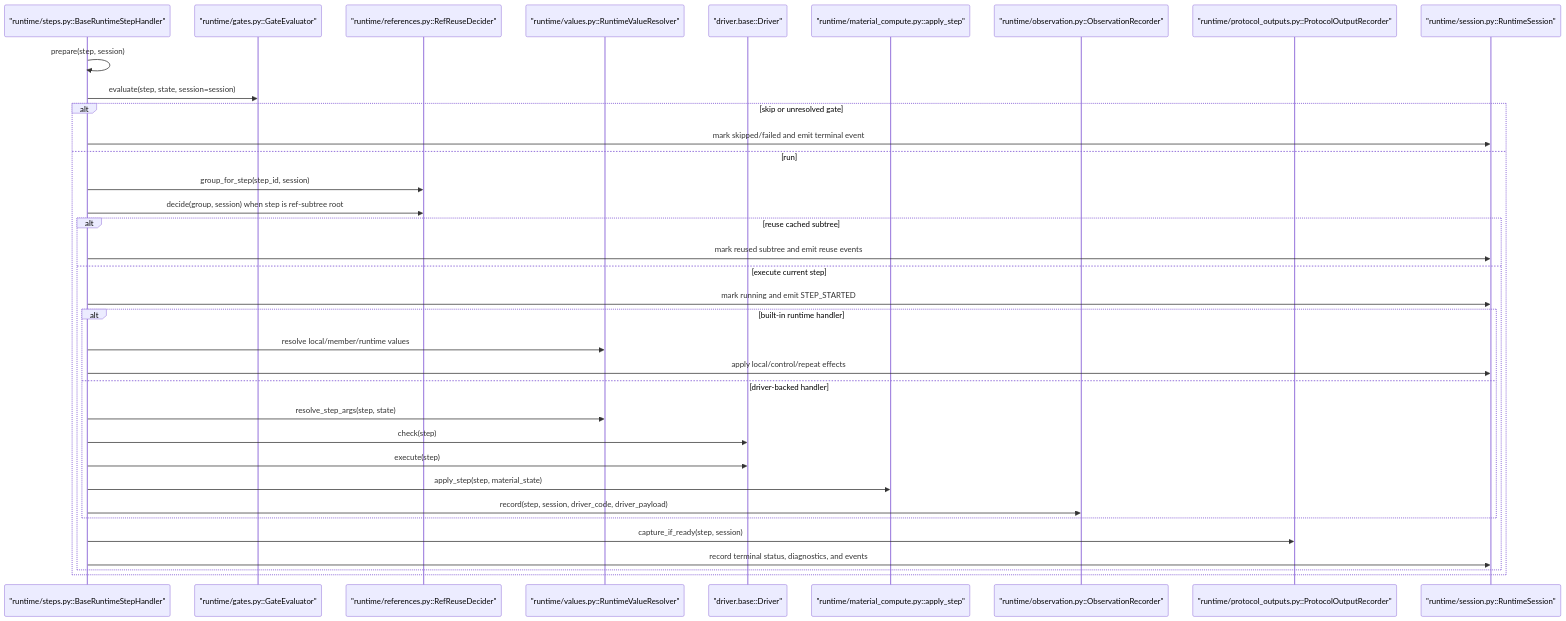
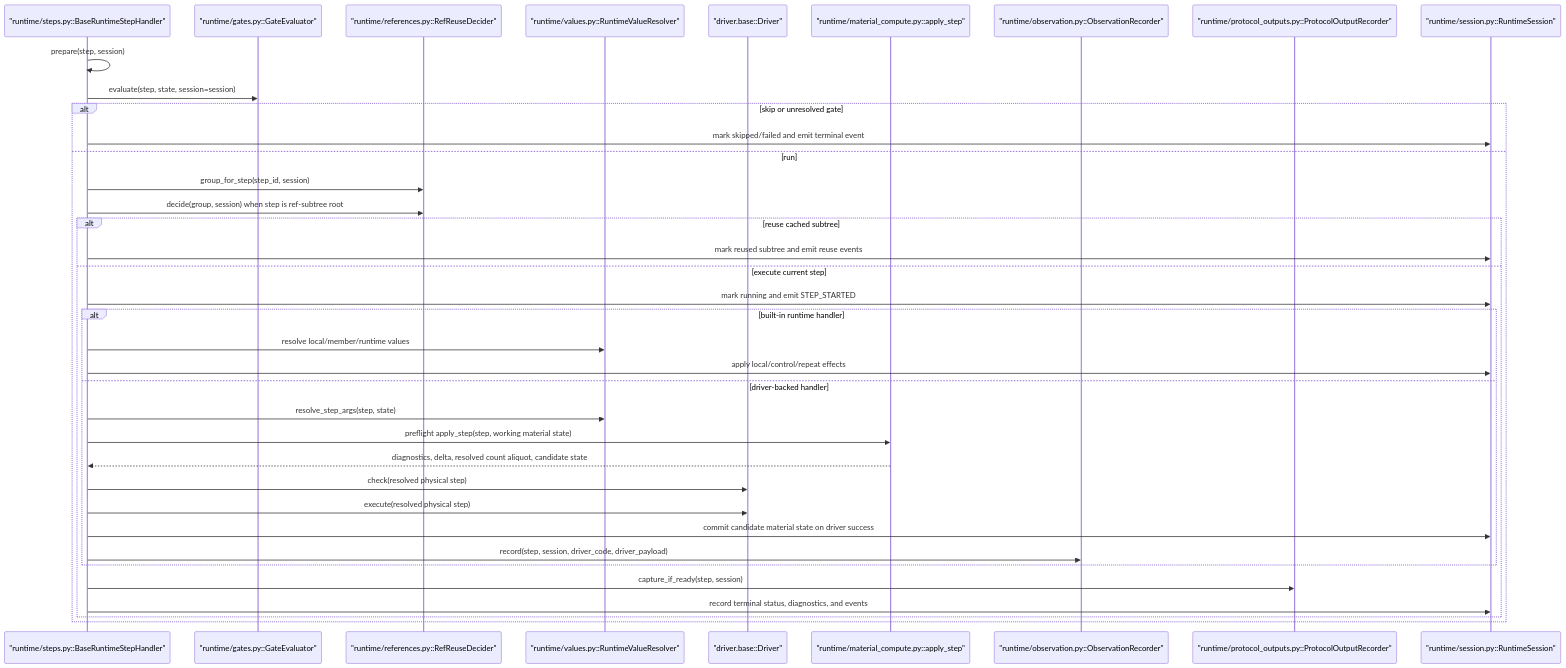
Before and after one commit to culsma/culsma: the third of 11 diagrams in docs/architecture/runtime_module_diagrams.md, drawn with Mermaid. The commit also changed other lines of this file and 30 other files, not shown here.

````diff
--- a/docs/architecture/runtime_module_diagrams.md
+++ b/docs/architecture/runtime_module_diagrams.md
@@ -135,38 +142,40 @@
 ```mermaid
 sequenceDiagram
     participant H as "runtime/steps.py::BaseRuntimeStepHandler"
     participant Gate as "runtime/gates.py::GateEvaluator"
     participant Ref as "runtime/references.py::RefReuseDecider"
     participant Values as "runtime/values.py::RuntimeValueResolver"
     participant Driver as "driver.base::Driver"
     participant Mat as "runtime/material_compute.py::apply_step"
     participant Obs as "runtime/observation.py::ObservationRecorder"
     participant Out as "runtime/protocol_outputs.py::ProtocolOutputRecorder"
     participant Session as "runtime/session.py::RuntimeSession"
 
     H->>H: prepare(step, session)
     H->>Gate: evaluate(step, state, session=session)
     alt skip or unresolved gate
         H->>Session: mark skipped/failed and emit terminal event
     else run
         H->>Ref: group_for_step(step_id, session)
         H->>Ref: decide(group, session) when step is ref-subtree root
         alt reuse cached subtree
             H->>Session: mark reused subtree and emit reuse events
         else execute current step
             H->>Session: mark running and emit STEP_STARTED
             alt built-in runtime handler
                 H->>Values: resolve local/member/runtime values
                 H->>Session: apply local/control/repeat effects
             else driver-backed handler
                 H->>Values: resolve_step_args(step, state)
-                H->>Driver: check(step)
-                H->>Driver: execute(step)
-                H->>Mat: apply_step(step, material_state)
+                H->>Mat: preflight apply_step(step, working material state)
+                Mat-->>H: diagnostics, delta, resolved count aliquot, candidate state
+                H->>Driver: check(resolved physical step)
+                H->>Driver: execute(resolved physical step)
+                H->>Session: commit candidate material state on driver success
                 H->>Obs: record(step, session, driver_code, driver_payload)
             end
             H->>Out: capture_if_ready(step, session)
             H->>Session: record terminal status, diagnostics, and events
         end
     end
 ```
````
